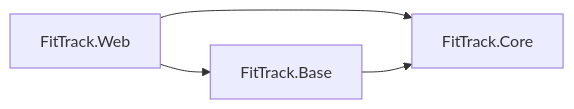
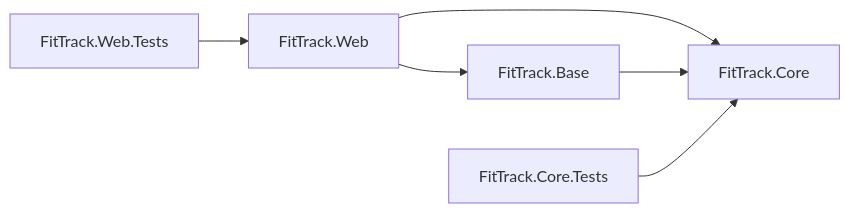
The first of 8 diagrams in docs/current-structure.md (StefanKosev1/FitTrack), drawn with Mermaid before and after one commit. The commit also changed other lines of this file and 28 other files, not shown here.

Commit message:
Add database-backed FitTrack wiring and tests

````diff
--- a/docs/current-structure.md
+++ b/docs/current-structure.md
@@ -29,6 +29,8 @@
 ```mermaid
 flowchart LR
     Web[FitTrack.Web] --> Core[FitTrack.Core]
     Web --> Base[FitTrack.Base]
     Base --> Core
+    CoreTests[FitTrack.Core.Tests] --> Core
+    WebTests[FitTrack.Web.Tests] --> Web
 ```
````
